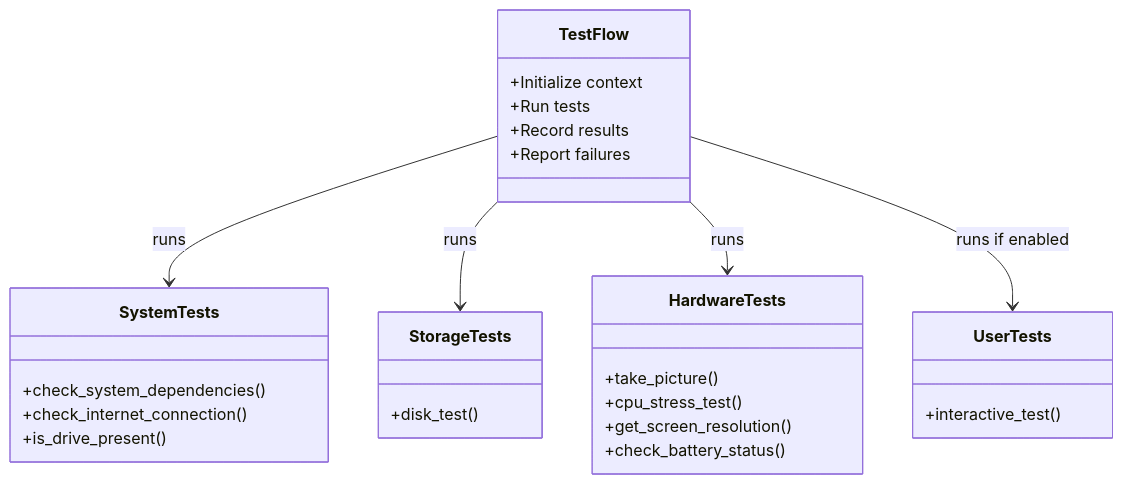
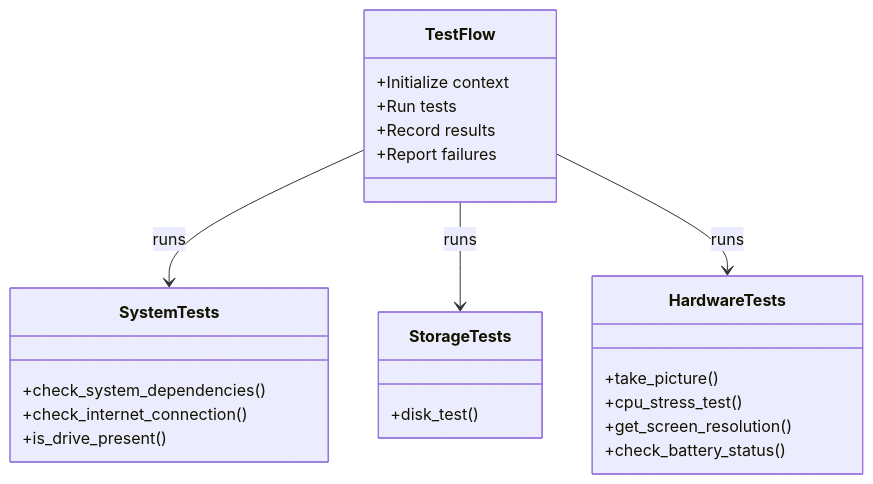
One commit to onnyx-systems/onnyx-test-examples changed the third of 4 diagrams in example_1/README.md. Above: the diagram before and after it, drawn with Mermaid. The commit also changed other lines of this file and 27 other files, not shown here.

````diff
--- a/example_1/README.md
+++ b/example_1/README.md
@@ -128,35 +120,30 @@
 ```mermaid
 classDiagram
     class TestFlow {
         +Initialize context
         +Run tests
         +Record results
         +Report failures
     }
 
     class SystemTests {
         +check_system_dependencies()
         +check_internet_connection()
         +is_drive_present()
     }
 
     class StorageTests {
         +disk_test()
     }
 
     class HardwareTests {
         +take_picture()
         +cpu_stress_test()
         +get_screen_resolution()
         +check_battery_status()
     }
 
-    class UserTests {
-        +interactive_test()
-    }
-
     TestFlow --> SystemTests: runs
     TestFlow --> StorageTests: runs
     TestFlow --> HardwareTests: runs
-    TestFlow --> UserTests: runs if enabled
 ```
````
